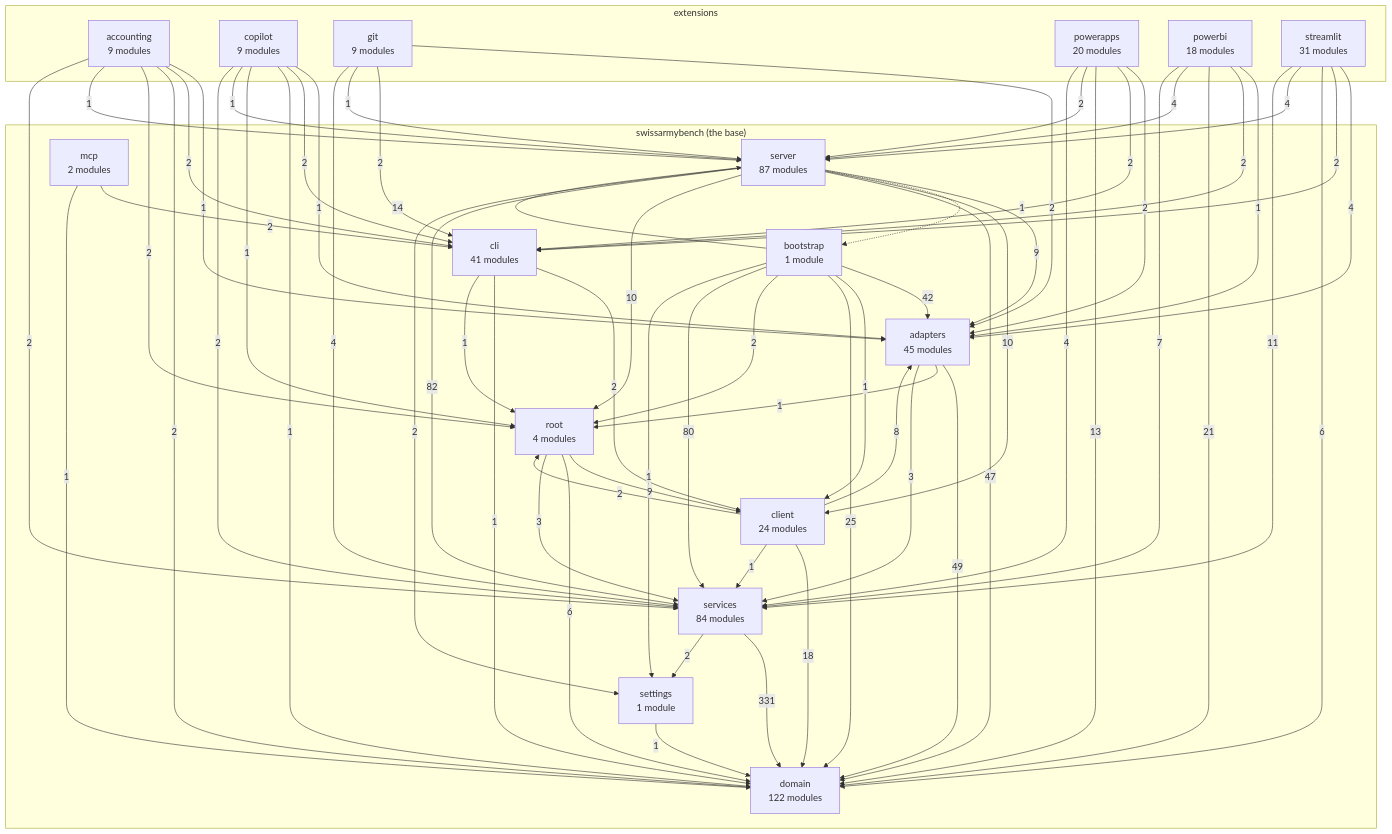
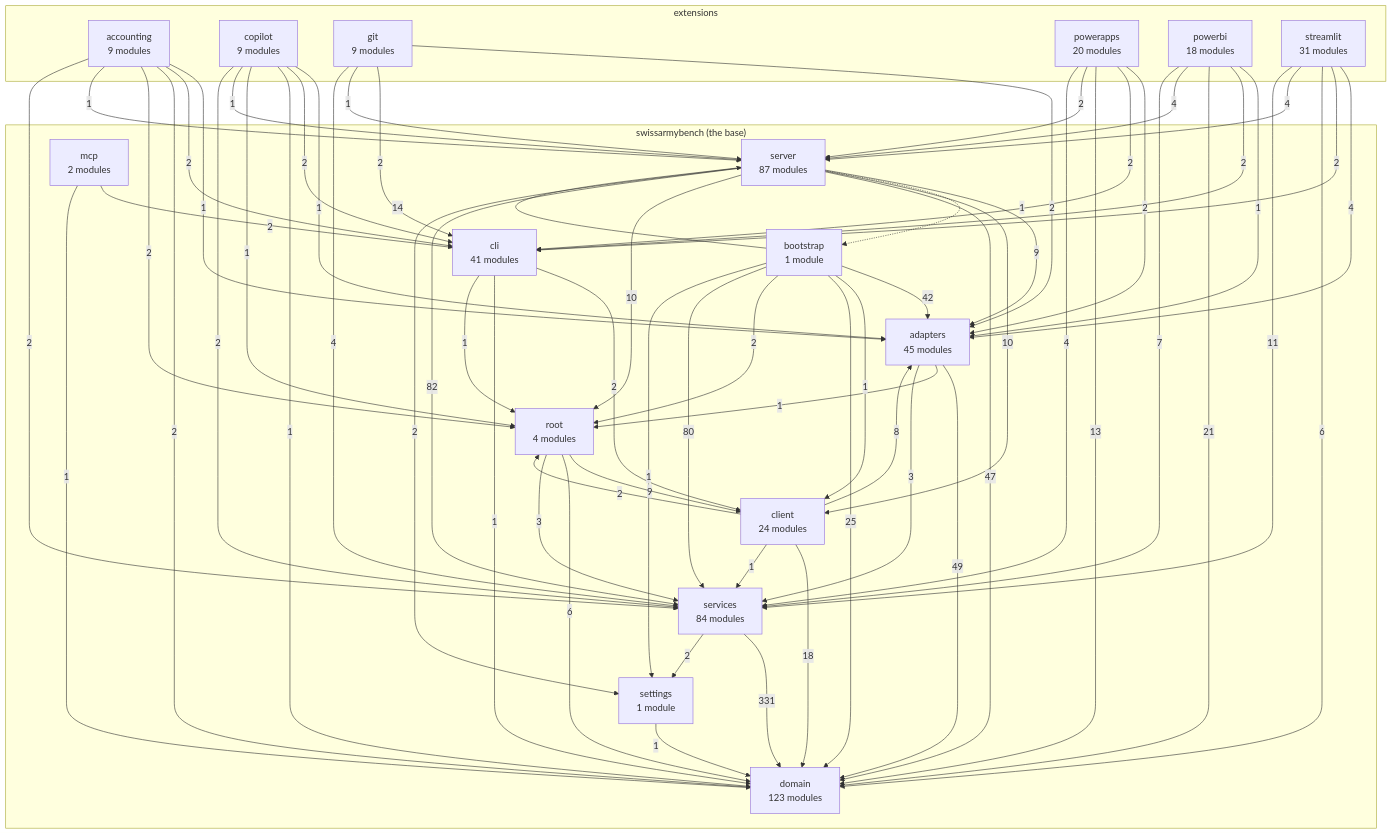
Before and after one commit to DylanCodyBrown/SwissArmyBench: the diagram in docs/architecture-map.md, drawn with Mermaid. The commit also changed other lines of this file and 3 other files, not shown here.

````diff
--- a/docs/architecture-map.md
+++ b/docs/architecture-map.md
@@ -17,7 +17,7 @@
 ```mermaid
 flowchart TB
     subgraph base["swissarmybench (the base)"]
-        domain["domain<br/>122 modules"]
+        domain["domain<br/>123 modules"]
         settings["settings<br/>1 module"]
         services["services<br/>84 modules"]
         adapters["adapters<br/>45 modules"]
````
